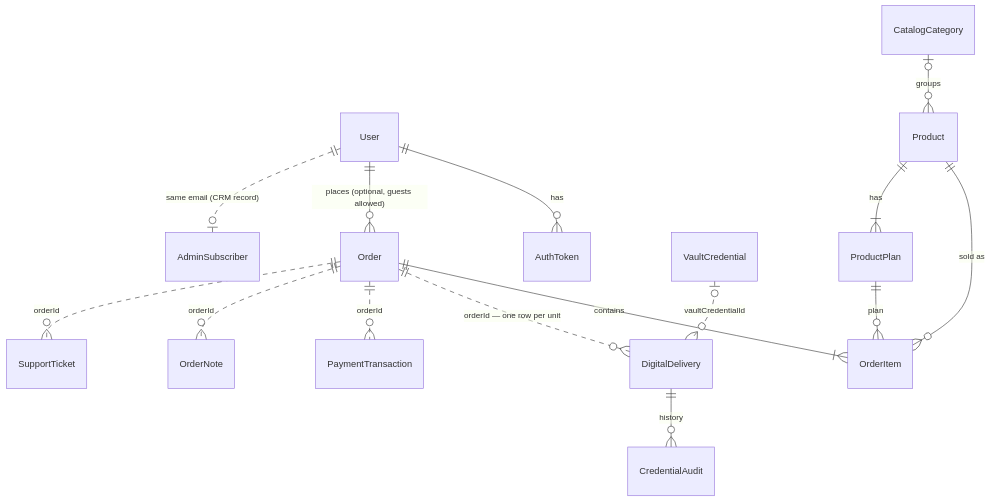
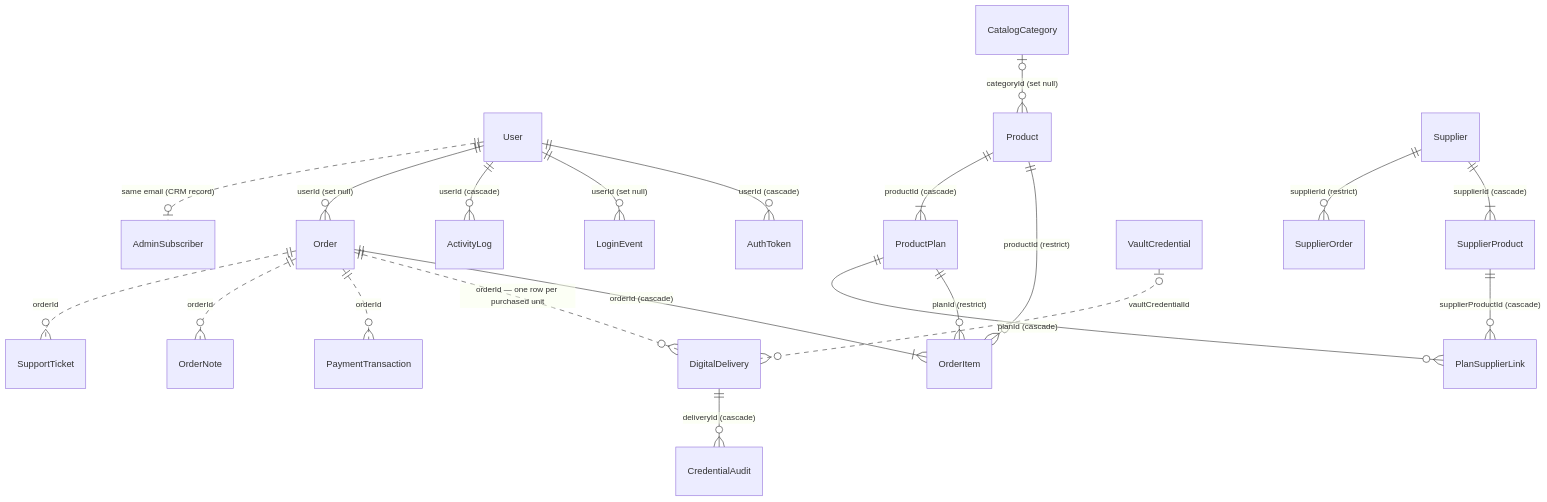
Before and after one commit to masudranaxpert/BitLogic: the diagram in docs/specs/DATABASE.md, drawn with Mermaid. The commit also changed other lines of this file and 227 other files, not shown here.

````diff
--- a/docs/specs/DATABASE.md
+++ b/docs/specs/DATABASE.md
@@ -25,18 +28,27 @@
 ```mermaid
 erDiagram
-  User ||--o{ AuthToken : "has"
-  User ||--o{ Order : "places (optional, guests allowed)"
-  Order ||--|{ OrderItem : "contains"
-  Product ||--o{ OrderItem : "sold as"
-  ProductPlan ||--o{ OrderItem : "plan"
-  Product ||--|{ ProductPlan : "has"
-  CatalogCategory |o--o{ Product : "groups"
-  DigitalDelivery ||--o{ CredentialAudit : "history"
+  User ||--o{ AuthToken : "userId (cascade)"
+  User ||--o{ LoginEvent : "userId (set null)"
+  User ||--o{ ActivityLog : "userId (cascade)"
+  User ||--o{ Order : "userId (set null)"
 
-  Order ||..o{ DigitalDelivery : "orderId — one row per unit"
+  Order ||--|{ OrderItem : "orderId (cascade)"
+  Product ||--o{ OrderItem : "productId (restrict)"
+  ProductPlan ||--o{ OrderItem : "planId (restrict)"
+  Product ||--|{ ProductPlan : "productId (cascade)"
+  CatalogCategory |o--o{ Product : "categoryId (set null)"
+
+  DigitalDelivery ||--o{ CredentialAudit : "deliveryId (cascade)"
+
+  Supplier ||--|{ SupplierProduct : "supplierId (cascade)"
+  Supplier ||--o{ SupplierOrder : "supplierId (restrict)"
+  ProductPlan ||--o{ PlanSupplierLink : "planId (cascade)"
+  SupplierProduct ||--o{ PlanSupplierLink : "supplierProductId (cascade)"
+
+  Order ||..o{ DigitalDelivery : "orderId — one row per purchased unit"
   Order ||..o{ PaymentTransaction : "orderId"
   Order ||..o{ OrderNote : "orderId"
   Order ||..o{ SupportTicket : "orderId"
   VaultCredential |o..o{ DigitalDelivery : "vaultCredentialId"
   User ||..o| AdminSubscriber : "same email (CRM record)"
 ```
````
